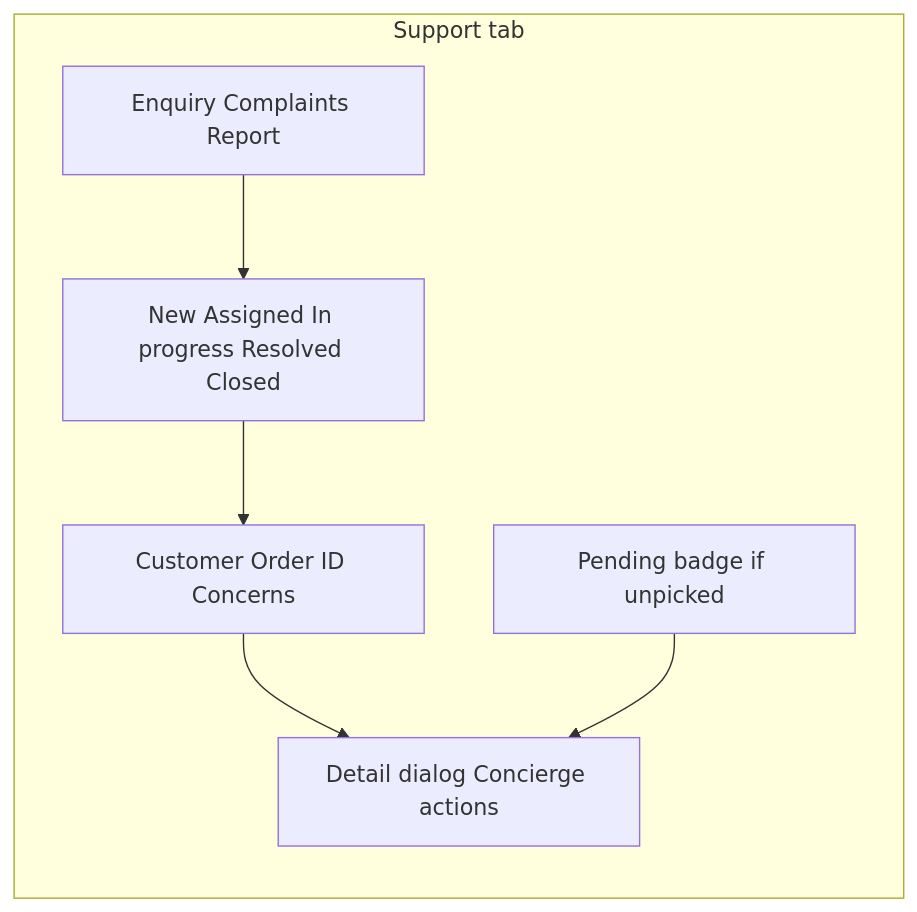
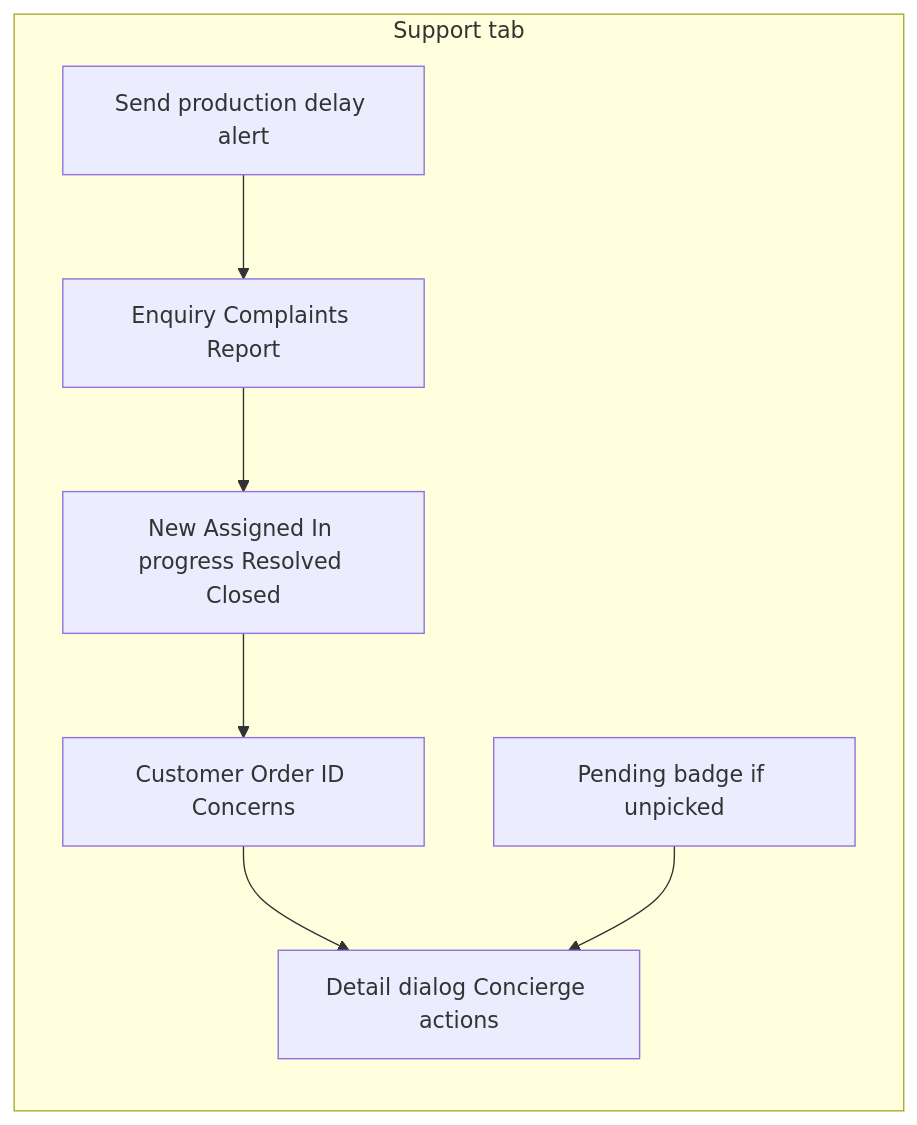
The fifth of 5 diagrams in docs/FLOWCHARTS.md (Mayur8291/Printing-Tracker), drawn with Mermaid before and after one commit. The commit also changed other lines of this file and 17 other files, not shown here.

````diff
--- a/docs/FLOWCHARTS.md
+++ b/docs/FLOWCHARTS.md
@@ -56,14 +70,16 @@
 ```mermaid
 flowchart LR
   subgraph ui [Support tab]
     Cards[New Assigned In progress Resolved Closed]
     Pending[Pending badge if unpicked]
     Detail[Detail dialog Concierge actions]
     Sub[Enquiry Complaints Report]
+    Delay[Send production delay alert]
     Cols[Customer Order ID Concerns]
   end
+  Delay --> Sub
   Sub --> Cards
   Cards --> Cols
   Cols --> Detail
   Pending --> Detail
 ```
````
